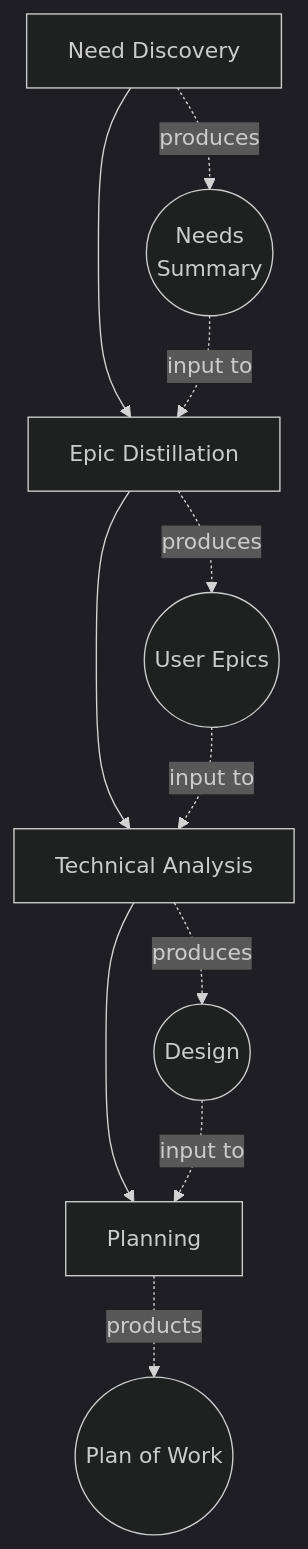
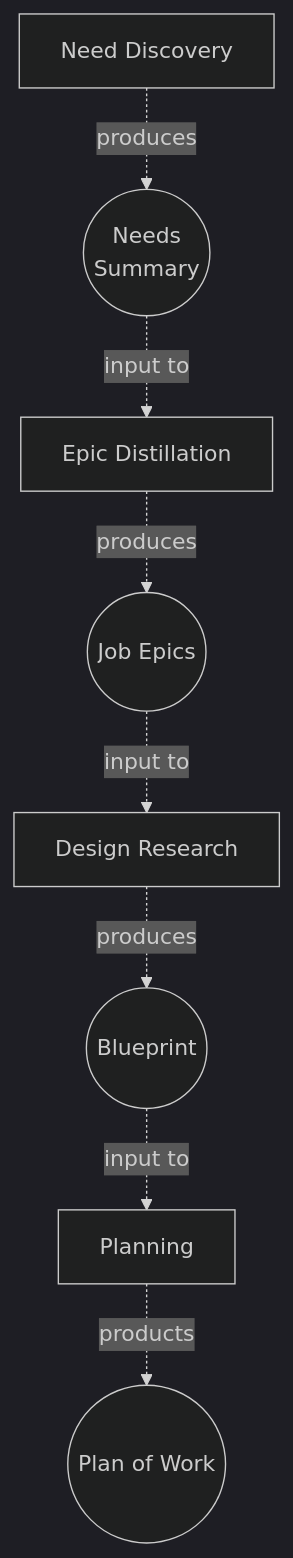
One commit to datopian/playbook changed the fourth of 5 diagrams in dojo/analysis/README.md. Above: the diagram before and after it, drawn with Mermaid (dark theme). The commit also changed other lines of this file, not shown here.

Commit message:
[dojo/analysis][s]: refactor some mermaid to be clearer, proof a bit and add gdoc analysis template in higher up.

````diff
--- a/dojo/analysis/README.md
+++ b/dojo/analysis/README.md
@@ -84,25 +89,21 @@
 ```mermaid
 graph TD
 
 needs[Need Discovery]
 epics[Epic Distillation]
-analysis[Technical Analysis]
+analysis[Design Research]
 planning[Planning]
 
 summary((Needs<br/>Summary))
-epicsout((User Epics))
-design((Design))
+epicsout((Job Epics))
+design((Blueprint))
 plan((Plan of Work))
-
-needs --> epics
-epics --> analysis
 
 needs -. produces .-> summary
 summary -. input to .-> epics
 epics -. produces .-> epicsout
 epicsout -. input to .-> analysis
 analysis -. produces .-> design
-analysis  --> planning
 design -. input to .-> planning
 planning -. products .-> plan
 ```
````
